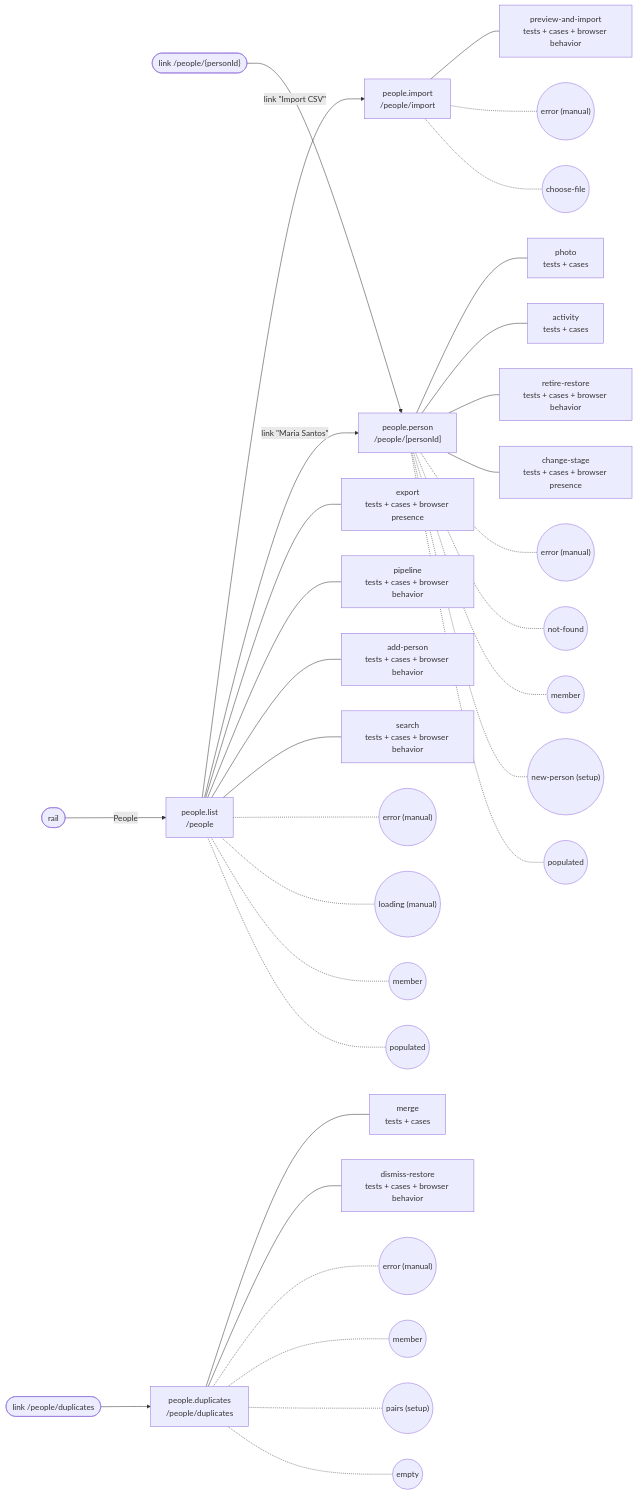
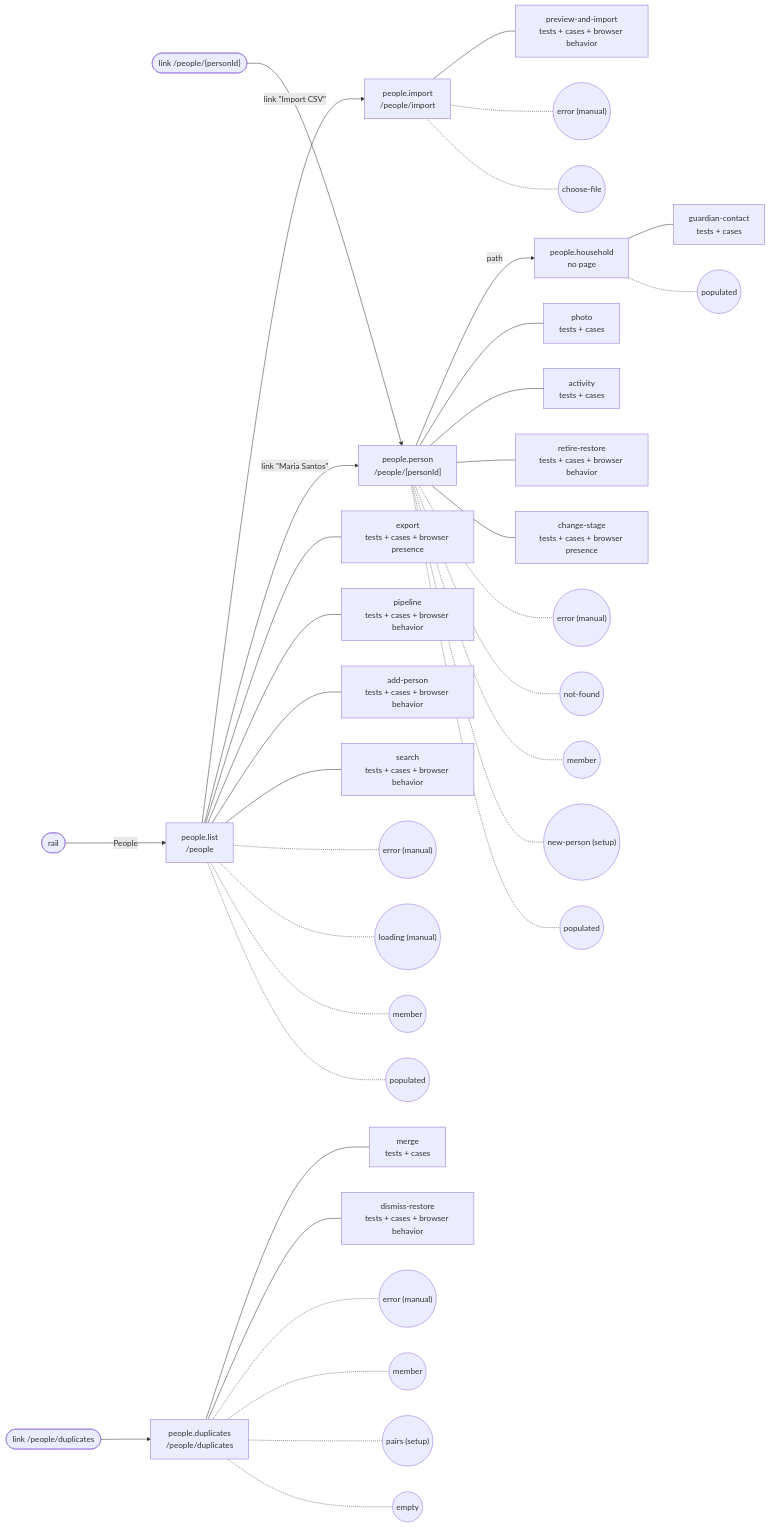
Before and after one commit to SebastianGarces/everyfield: the diagram in docs/feature-maps/people.md, drawn with Mermaid. The commit also changed other lines of this file and 67 other files, not shown here.

First line of the commit message:
A parent or guardian contact, so a church can email an adult in the household instead of the child.

````diff
--- a/docs/feature-maps/people.md
+++ b/docs/feature-maps/people.md
@@ -6,41 +6,45 @@
 ```mermaid
 flowchart LR
   rail(["rail"])
   s1_link1(["link /people/{personId}"])
-  s2_link0(["link /people/duplicates"])
+  s3_link0(["link /people/duplicates"])
   s0["people.list<br/>/people"]
   rail -- "People" --> s0
   s0 -.- s0_st0(("populated"))
   s0 -.- s0_st1(("member"))
   s0 -.- s0_st2(("loading (manual)"))
   s0 -.- s0_st3(("error (manual)"))
   s0 --- s0_b0["search<br/>tests + cases + browser behavior"]
   s0 --- s0_b1["add-person<br/>tests + cases + browser behavior"]
   s0 --- s0_b2["pipeline<br/>tests + cases + browser behavior"]
   s0 --- s0_b3["export<br/>tests + cases + browser presence"]
   s1["people.person<br/>/people/[personId]"]
   s0 -- "link #quot;Maria Santos#quot;" --> s1
   s1_link1 --> s1
   s1 -.- s1_st0(("populated"))
   s1 -.- s1_st1(("new-person (setup)"))
   s1 -.- s1_st2(("member"))
   s1 -.- s1_st3(("not-found"))
   s1 -.- s1_st4(("error (manual)"))
   s1 --- s1_b0["change-stage<br/>tests + cases + browser presence"]
   s1 --- s1_b1["retire-restore<br/>tests + cases + browser behavior"]
   s1 --- s1_b2["activity<br/>tests + cases"]
   s1 --- s1_b3["photo<br/>tests + cases"]
-  s2["people.duplicates<br/>/people/duplicates"]
-  s2_link0 --> s2
-  s2 -.- s2_st0(("empty"))
-  s2 -.- s2_st1(("pairs (setup)"))
-  s2 -.- s2_st2(("member"))
-  s2 -.- s2_st3(("error (manual)"))
-  s2 --- s2_b0["dismiss-restore<br/>tests + cases + browser behavior"]
-  s2 --- s2_b1["merge<br/>tests + cases"]
-  s3["people.import<br/>/people/import"]
-  s0 -- "link #quot;Import CSV#quot;" --> s3
-  s3 -.- s3_st0(("choose-file"))
-  s3 -.- s3_st1(("error (manual)"))
-  s3 --- s3_b0["preview-and-import<br/>tests + cases + browser behavior"]
+  s2["people.household<br/>no page"]
+  s1 -- "path" --> s2
+  s2 -.- s2_st0(("populated"))
+  s2 --- s2_b0["guardian-contact<br/>tests + cases"]
+  s3["people.duplicates<br/>/people/duplicates"]
+  s3_link0 --> s3
+  s3 -.- s3_st0(("empty"))
+  s3 -.- s3_st1(("pairs (setup)"))
+  s3 -.- s3_st2(("member"))
+  s3 -.- s3_st3(("error (manual)"))
+  s3 --- s3_b0["dismiss-restore<br/>tests + cases + browser behavior"]
+  s3 --- s3_b1["merge<br/>tests + cases"]
+  s4["people.import<br/>/people/import"]
+  s0 -- "link #quot;Import CSV#quot;" --> s4
+  s4 -.- s4_st0(("choose-file"))
+  s4 -.- s4_st1(("error (manual)"))
+  s4 --- s4_b0["preview-and-import<br/>tests + cases + browser behavior"]
 ```
````
